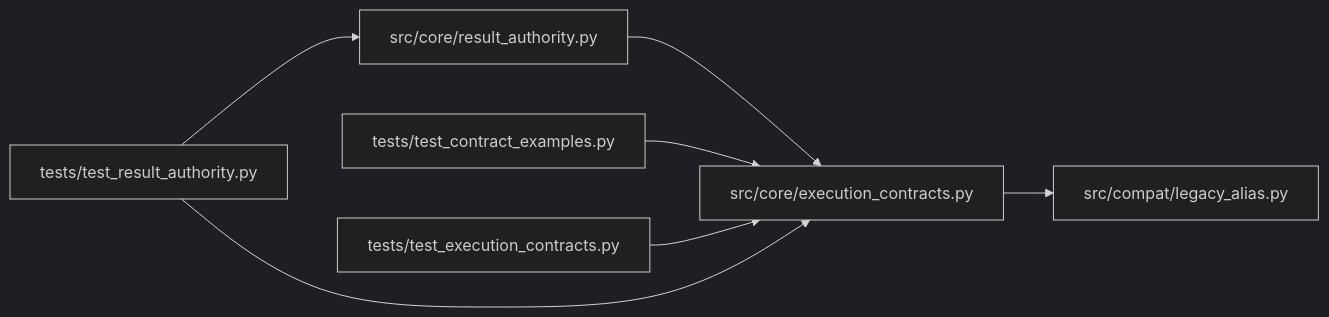
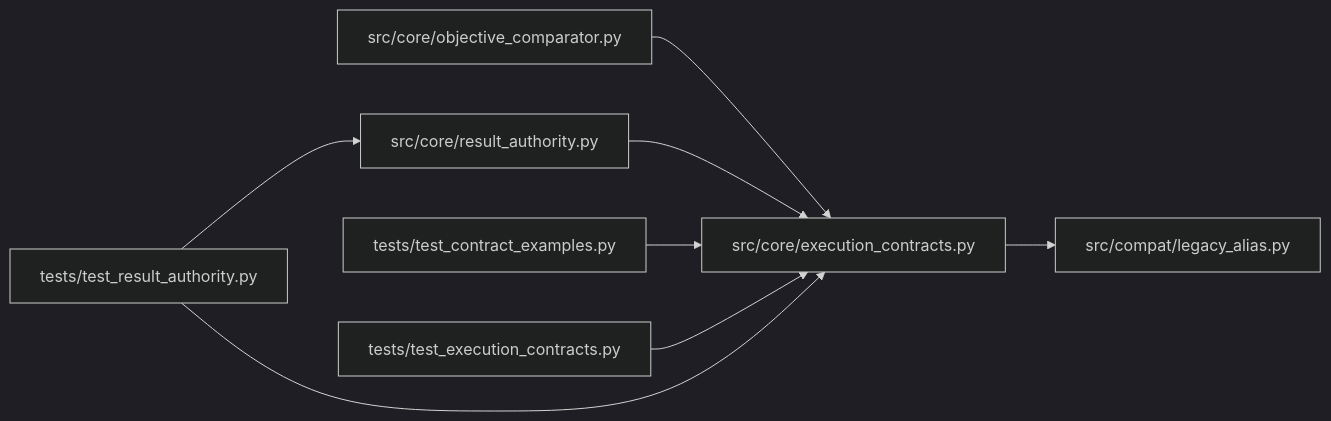
One commit to Denissvgn/autoresearch-agent changed the diagram in docs/llm_wiki/modules/execution_contracts.md. Above: the diagram before and after it, drawn with Mermaid (dark theme). The commit also changed other lines of this file and 1033 other files, not shown here.

````diff
--- a/docs/llm_wiki/modules/execution_contracts.md
+++ b/docs/llm_wiki/modules/execution_contracts.md
@@ -56,21 +56,24 @@
 ```mermaid
 flowchart LR
     n0["src/compat/legacy_alias.py"]
     n1["src/core/execution_contracts.py"]
-    n2["src/core/result_authority.py"]
-    n3["tests/test_contract_examples.py"]
-    n4["tests/test_execution_contracts.py"]
-    n5["tests/test_result_authority.py"]
+    n2["src/core/objective_comparator.py"]
+    n3["src/core/result_authority.py"]
+    n4["tests/test_contract_examples.py"]
+    n5["tests/test_execution_contracts.py"]
+    n6["tests/test_result_authority.py"]
     n1 --> n0
     n2 --> n1
     n3 --> n1
     n4 --> n1
     n5 --> n1
-    n5 --> n2
+    n6 --> n1
+    n6 --> n3
     click n0 "../modules/compat_legacy_alias.md"
     click n1 "../modules/execution_contracts.md"
-    click n2 "../modules/result_authority.md"
-    click n3 "../modules/test_contract_examples.md"
-    click n4 "../modules/test_execution_contracts.md"
-    click n5 "../modules/test_result_authority.md"
+    click n2 "../modules/objective_comparator.md"
+    click n3 "../modules/result_authority.md"
+    click n4 "../modules/test_contract_examples.md"
+    click n5 "../modules/test_execution_contracts.md"
+    click n6 "../modules/test_result_authority.md"
 ```
````
